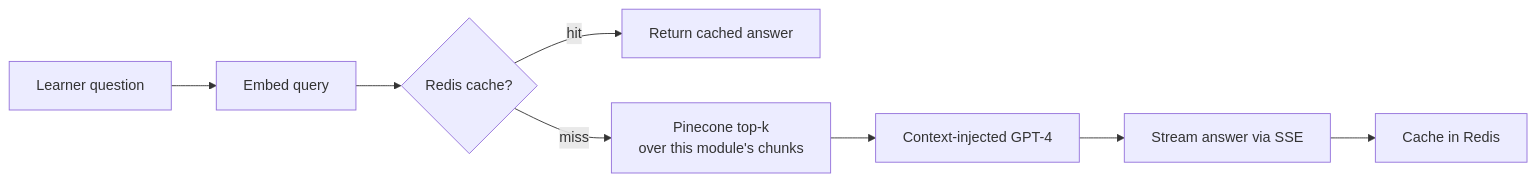
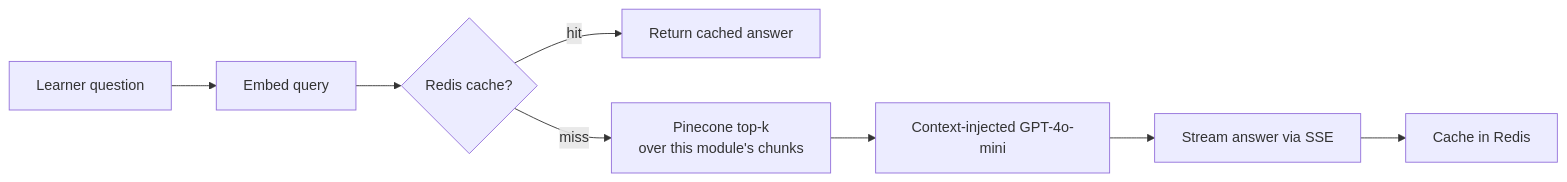
Before and after one commit to riyagmehta/AI-Powered-Adaptive-Course-Generation-Platform: the second of 3 diagrams in README.md, drawn with Mermaid. The commit also changed other lines of this file, not shown here.

````diff
--- a/README.md
+++ b/README.md
@@ -23,10 +163,10 @@
 ```mermaid
 flowchart LR
     Q[Learner question] --> EMB[Embed query]
     EMB --> Cache{Redis cache?}
     Cache -->|hit| A1[Return cached answer]
     Cache -->|miss| PC[Pinecone top-k\nover this module's chunks]
-    PC --> GPT[Context-injected GPT-4]
+    PC --> GPT[Context-injected GPT-4o-mini]
     GPT --> SSE[Stream answer via SSE]
     SSE --> Save[Cache in Redis]
 ```
````
